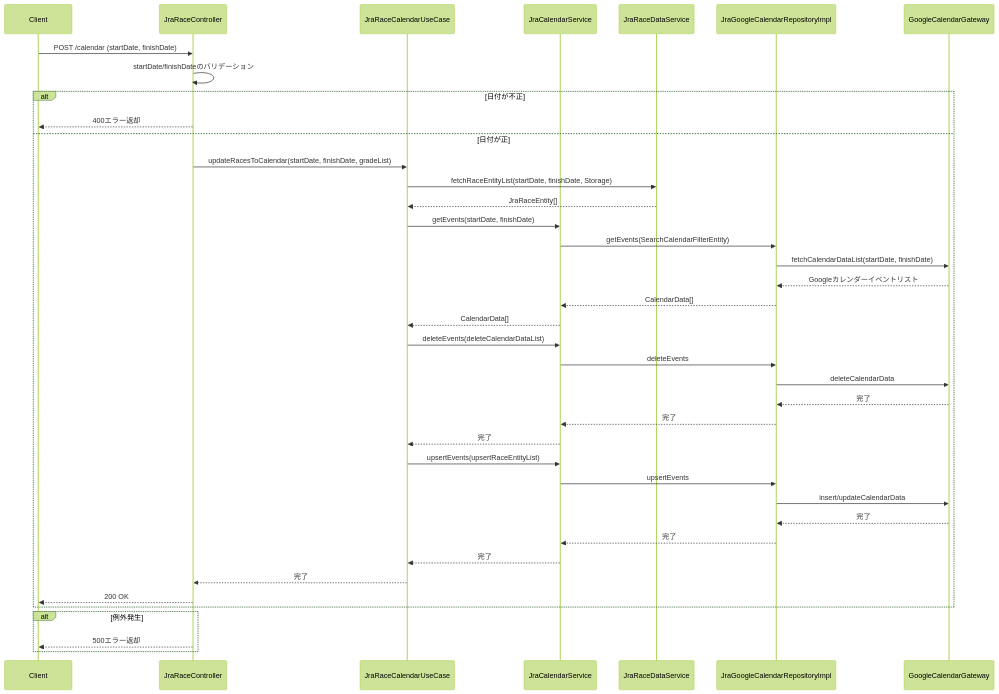
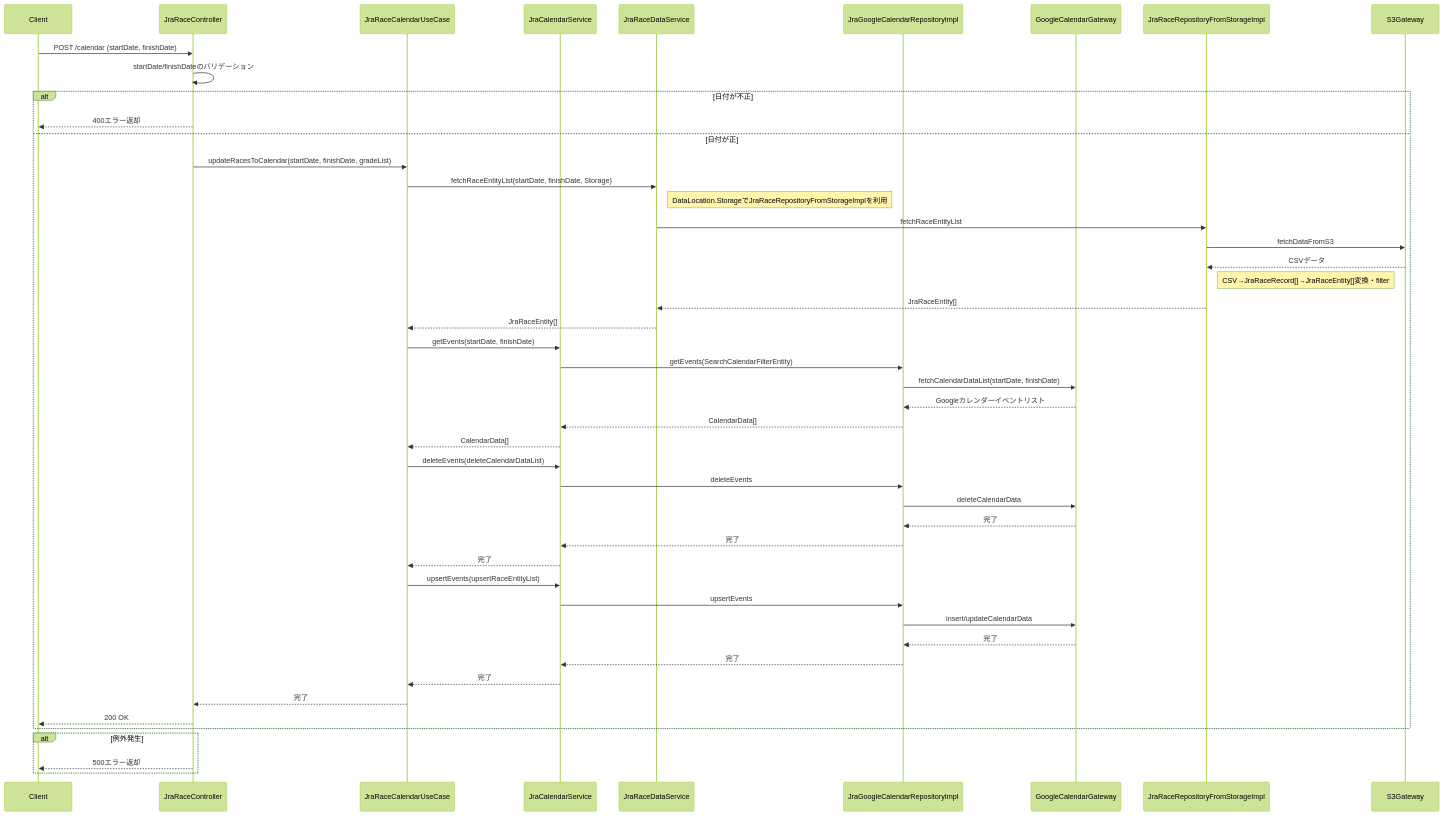
The diagram in document/detail-design/sequence/jra/updateRacesToCalendar.md (taichi6930/race-schedule-api), drawn with Mermaid (forest theme) before and after one commit. The commit also changed 2 other files, not shown here.

Commit message:
fix: updatePlaceDataListシーケンス図をデータ取得フローに関する詳細を追加 fix: updateRaceDataListシーケンス図にプレースデータ取得の流れを追加 fix: updateRacesToCalendarシーケンス図にレースデータ取得の詳細を追加

````diff
--- a/document/detail-design/sequence/jra/updateRacesToCalendar.md
+++ b/document/detail-design/sequence/jra/updateRacesToCalendar.md
@@ -3,43 +3,49 @@
 ```mermaid
 sequenceDiagram
     participant Client
     participant JraRaceController
     participant JraRaceCalendarUseCase
     participant JraCalendarService
     participant JraRaceDataService
     participant JraGoogleCalendarRepositoryImpl
     participant GoogleCalendarGateway
 
     Client->>JraRaceController: POST /calendar (startDate, finishDate)
     JraRaceController->>JraRaceController: startDate/finishDateのバリデーション
     alt 日付が不正
         JraRaceController-->>Client: 400エラー返却
     else 日付が正
         JraRaceController->>JraRaceCalendarUseCase: updateRacesToCalendar(startDate, finishDate, gradeList)
         JraRaceCalendarUseCase->>JraRaceDataService: fetchRaceEntityList(startDate, finishDate, Storage)
+        note right of JraRaceDataService: DataLocation.StorageでJraRaceRepositoryFromStorageImplを利用
+        JraRaceDataService->>JraRaceRepositoryFromStorageImpl: fetchRaceEntityList
+        JraRaceRepositoryFromStorageImpl->>S3Gateway: fetchDataFromS3
+        S3Gateway-->>JraRaceRepositoryFromStorageImpl: CSVデータ
+        note right of JraRaceRepositoryFromStorageImpl: CSV→JraRaceRecord[]→JraRaceEntity[]変換・filter
+        JraRaceRepositoryFromStorageImpl-->>JraRaceDataService: JraRaceEntity[]
         JraRaceDataService-->>JraRaceCalendarUseCase: JraRaceEntity[]
         JraRaceCalendarUseCase->>JraCalendarService: getEvents(startDate, finishDate)
         JraCalendarService->>JraGoogleCalendarRepositoryImpl: getEvents(SearchCalendarFilterEntity)
         JraGoogleCalendarRepositoryImpl->>GoogleCalendarGateway: fetchCalendarDataList(startDate, finishDate)
         GoogleCalendarGateway-->>JraGoogleCalendarRepositoryImpl: Googleカレンダーイベントリスト
         JraGoogleCalendarRepositoryImpl-->>JraCalendarService: CalendarData[]
         JraCalendarService-->>JraRaceCalendarUseCase: CalendarData[]
         JraRaceCalendarUseCase->>JraCalendarService: deleteEvents(deleteCalendarDataList)
         JraCalendarService->>JraGoogleCalendarRepositoryImpl: deleteEvents
         JraGoogleCalendarRepositoryImpl->>GoogleCalendarGateway: deleteCalendarData
         GoogleCalendarGateway-->>JraGoogleCalendarRepositoryImpl: 完了
         JraGoogleCalendarRepositoryImpl-->>JraCalendarService: 完了
         JraCalendarService-->>JraRaceCalendarUseCase: 完了
         JraRaceCalendarUseCase->>JraCalendarService: upsertEvents(upsertRaceEntityList)
         JraCalendarService->>JraGoogleCalendarRepositoryImpl: upsertEvents
         JraGoogleCalendarRepositoryImpl->>GoogleCalendarGateway: insert/updateCalendarData
         GoogleCalendarGateway-->>JraGoogleCalendarRepositoryImpl: 完了
         JraGoogleCalendarRepositoryImpl-->>JraCalendarService: 完了
         JraCalendarService-->>JraRaceCalendarUseCase: 完了
         JraRaceCalendarUseCase-->>JraRaceController: 完了
         JraRaceController-->>Client: 200 OK
     end
     alt 例外発生
         JraRaceController-->>Client: 500エラー返却
     end
 ```
````
